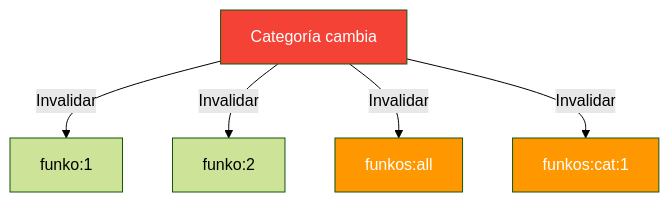
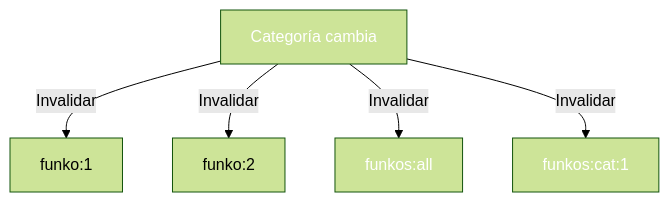
One commit to joseluisgs/DesarrolloWebEntornosServidor-02-2026-2027 changed diagram 16 of 17 in 14-cache-redis.md. Above: the diagram before and after it, drawn with Mermaid (forest theme). The commit also changed other lines of this file and 41 other files, not shown here.

````diff
--- a/14-cache-redis.md
+++ b/14-cache-redis.md
@@ -870,10 +870,10 @@
 ```mermaid
 flowchart TD
     CM["Categoría cambia"] -->|Invalidar| F1["funko:1"]
     CM -->|Invalidar| F2["funko:2"]
     CM -->|Invalidar| L1["funkos:all"]
     CM -->|Invalidar| L2["funkos:cat:1"]
-    style CM fill:#F44336,color:#fff
-    style L1 fill:#FF9800,color:#fff
-    style L2 fill:#FF9800,color:#fff
+    style CM fill:#F4433,color:#fff6,color:#fff
+    style L1 fill:#FF980,color:#fff0,color:#fff
+    style L2 fill:#FF980,color:#fff0,color:#fff
 ```
````
